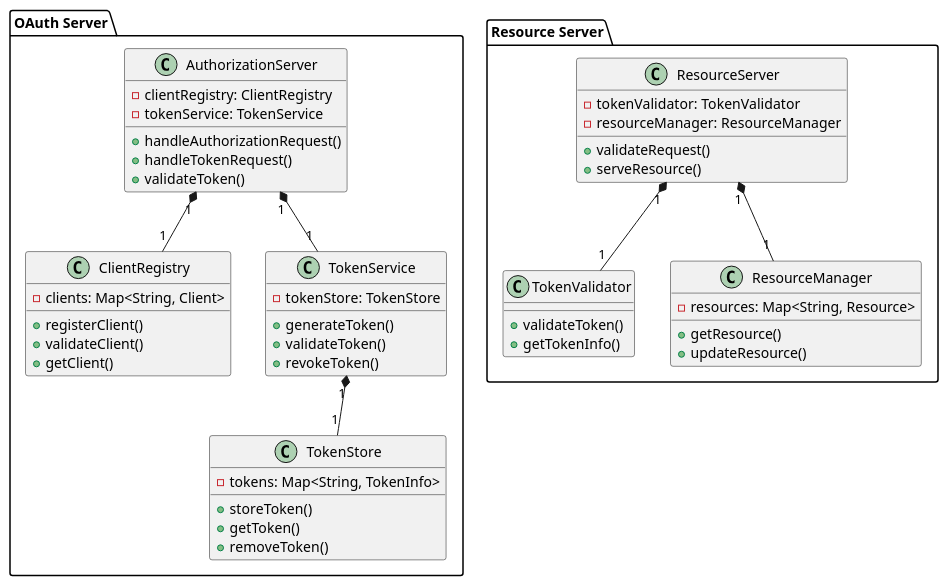
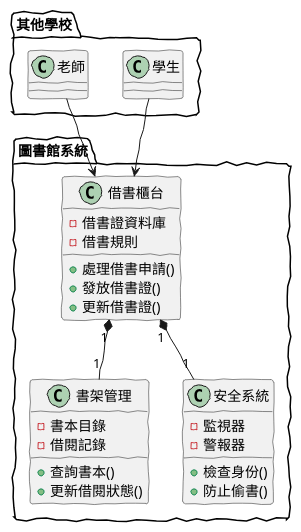
One commit to fine5351/info-sync changed the third of 3 diagrams in doc/learning/architecture/oauth2_tutorial.md. Above: the diagram before and after it, drawn with PlantUML. The commit also changed other lines of this file and 35 other files, not shown here.

````diff
--- a/doc/learning/architecture/oauth2_tutorial.md
+++ b/doc/learning/architecture/oauth2_tutorial.md
@@ -251,60 +188,41 @@
 ```plantuml
 @startuml
-package "OAuth Server" {
-    class AuthorizationServer {
-        -clientRegistry: ClientRegistry
-        -tokenService: TokenService
-        +handleAuthorizationRequest()
-        +handleTokenRequest()
-        +validateToken()
+skinparam backgroundColor white
+skinparam handwritten true
+
+package "圖書館系統" {
+    class "借書櫃台" as Counter {
+        - 借書證資料庫
+        - 借書規則
+        + 處理借書申請()
+        + 發放借書證()
+        + 更新借書證()
     }
     
-    class ClientRegistry {
-        -clients: Map<String, Client>
-        +registerClient()
-        +validateClient()
-        +getClient()
+    class "書架管理" as Shelf {
+        - 書本目錄
+        - 借閱記錄
+        + 查詢書本()
+        + 更新借閱狀態()
     }
     
-    class TokenService {
-        -tokenStore: TokenStore
-        +generateToken()
-        +validateToken()
-        +revokeToken()
-    }
-    
-    class TokenStore {
-        -tokens: Map<String, TokenInfo>
-        +storeToken()
-        +getToken()
-        +removeToken()
+    class "安全系統" as Security {
+        - 監視器
+        - 警報器
+        + 檢查身份()
+        + 防止偷書()
     }
 }
 
-package "Resource Server" {
-    class ResourceServer {
-        -tokenValidator: TokenValidator
-        -resourceManager: ResourceManager
-        +validateRequest()
-        +serveResource()
-    }
-    
-    class TokenValidator {
-        +validateToken()
-        +getTokenInfo()
-    }
-    
-    class ResourceManager {
-        -resources: Map<String, Resource>
-        +getResource()
-        +updateResource()
-    }
+package "其他學校" {
+    class "學生" as Student
+    class "老師" as Teacher
 }
 
-AuthorizationServer "1" *-- "1" ClientRegistry
-AuthorizationServer "1" *-- "1" TokenService
-TokenService "1" *-- "1" TokenStore
-ResourceServer "1" *-- "1" TokenValidator
-ResourceServer "1" *-- "1" ResourceManager
+Counter "1" *-- "1" Shelf
+Counter "1" *-- "1" Security
+Student --> Counter
+Teacher --> Counter
+
 @enduml
 ```
````
